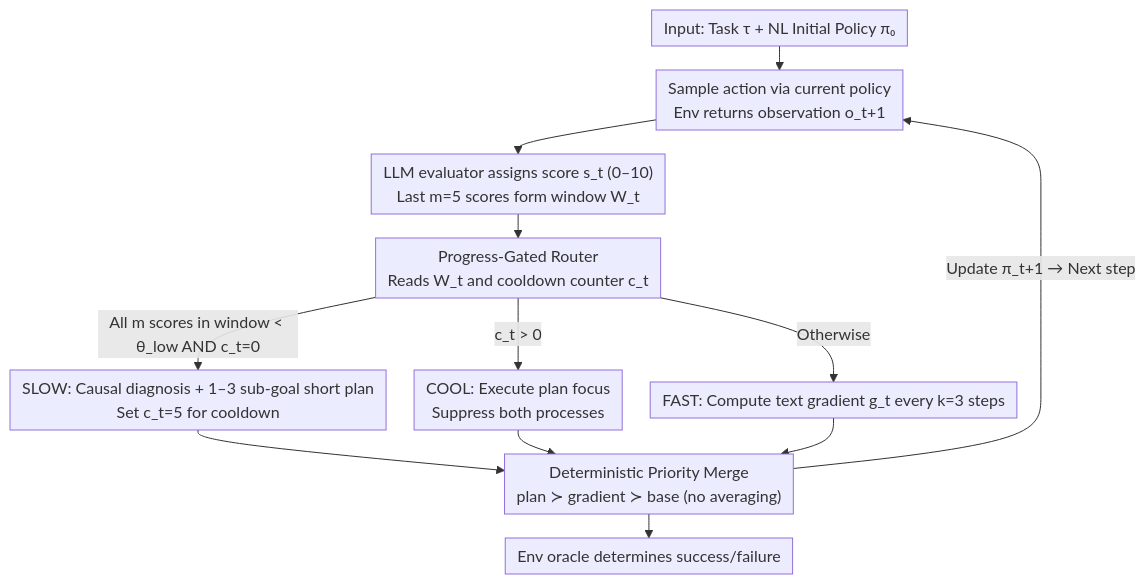
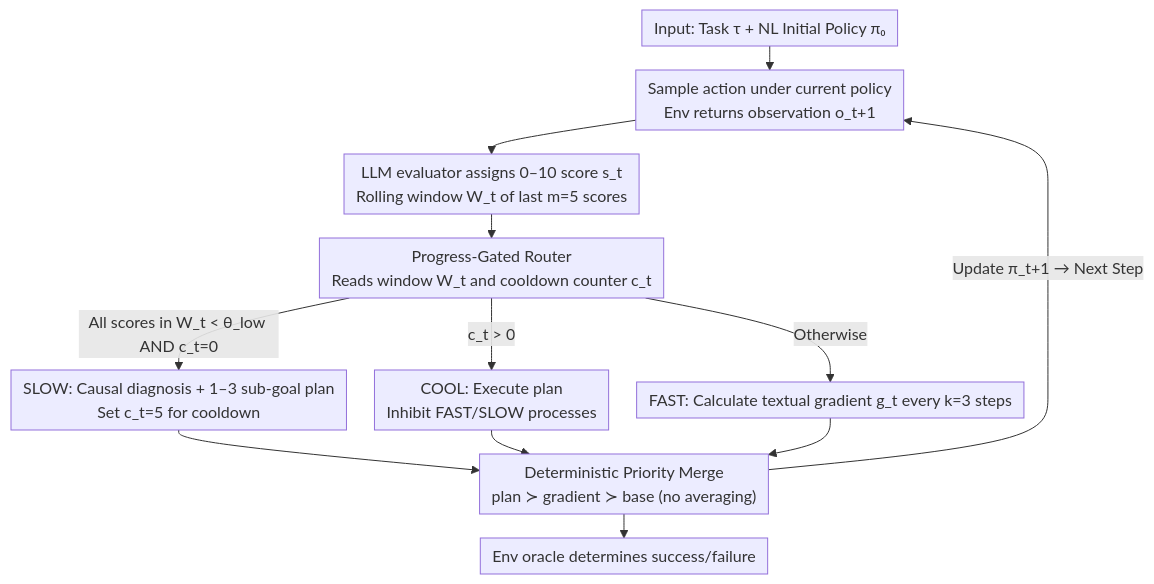
Before and after one commit to zhaoyang97/Paper-Notes-en: the diagram in docs/ICML2026/llm_agent/reflexgrad_within-episode_failure_recovery_in_llm_agents_via_progress-gated_dual.md, drawn with Mermaid. The commit also changed other lines of this file and 5084 other files, not shown here.

````diff
--- a/docs/ICML2026/llm_agent/reflexgrad_within-episode_failure_recovery_in_llm_agents_via_progress-gated_dual.md
+++ b/docs/ICML2026/llm_agent/reflexgrad_within-episode_failure_recovery_in_llm_agents_via_progress-gated_dual.md
@@ -47,15 +47,15 @@
 ```mermaid
 %%{init: {'flowchart': {'rankSpacing': 24, 'nodeSpacing': 28, 'padding': 6, 'wrappingWidth': 400}}}%%
 flowchart TD
-    A["Input: Task τ + NL Initial Policy π₀"] --> B["Sample action via current policy<br/>Env returns observation o_t+1"]
-    B --> C["LLM evaluator assigns score s_t (0–10)<br/>Last m=5 scores form window W_t"]
-    C --> D["Progress-Gated Router<br/>Reads W_t and cooldown counter c_t"]
-    D -->|"All m scores in window < θ_low AND c_t=0"| E["SLOW: Causal diagnosis + 1–3 sub-goal short plan<br/>Set c_t=5 for cooldown"]
-    D -->|"c_t > 0"| F["COOL: Execute plan focus<br/>Suppress both processes"]
-    D -->|"Otherwise"| G["FAST: Compute text gradient g_t every k=3 steps"]
+    A["Input: Task τ + NL Initial Policy π₀"] --> B["Sample action under current policy<br/>Env returns observation o_t+1"]
+    B --> C["LLM evaluator assigns 0–10 score s_t<br/>Rolling window W_t of last m=5 scores"]
+    C --> D["Progress-Gated Router<br/>Reads window W_t and cooldown counter c_t"]
+    D -->|"All scores in W_t < θ_low AND c_t=0"| E["SLOW: Causal diagnosis + 1–3 sub-goal plan<br/>Set c_t=5 for cooldown"]
+    D -->|"c_t > 0"| F["COOL: Execute plan<br/>Inhibit FAST/SLOW processes"]
+    D -->|"Otherwise"| G["FAST: Calculate textual gradient g_t every k=3 steps"]
     E --> H["Deterministic Priority Merge<br/>plan ≻ gradient ≻ base (no averaging)"]
     F --> H
     G --> H
-    H -->|"Update π_t+1 → Next step"| B
+    H -->|"Update π_t+1 → Next Step"| B
     H --> I["Env oracle determines success/failure"]
 ```
````
